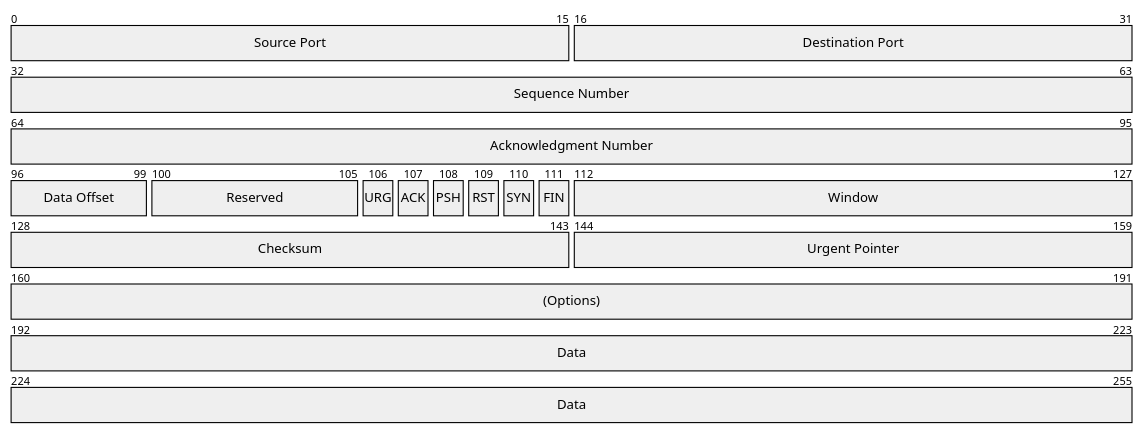
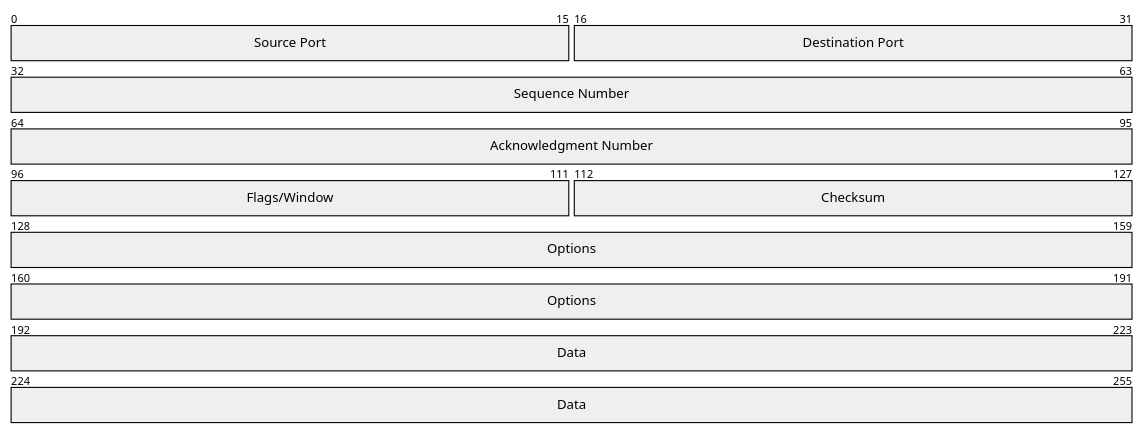
The seventh of 8 diagrams in .agents/tools/diagrams/mermaid-diagrams-skill/references/ARCHITECTURE.md (marcusquinn/aidevops), drawn with Mermaid before and after one commit. The commit also changed other lines of this file, not shown here.

First line of the commit message:
docs(simplification): tighten mermaid ARCHITECTURE.md from 454 to 250 lines

````diff
--- a/.agents/tools/diagrams/mermaid-diagrams-skill/references/ARCHITECTURE.md
+++ b/.agents/tools/diagrams/mermaid-diagrams-skill/references/ARCHITECTURE.md
@@ -381,20 +205,11 @@
 ```mermaid
 packet-beta
     0-15: "Source Port"
     16-31: "Destination Port"
     32-63: "Sequence Number"
     64-95: "Acknowledgment Number"
-    96-99: "Data Offset"
-    100-105: "Reserved"
-    106: "URG"
-    107: "ACK"
-    108: "PSH"
-    109: "RST"
-    110: "SYN"
-    111: "FIN"
-    112-127: "Window"
-    128-143: "Checksum"
-    144-159: "Urgent Pointer"
-    160-191: "(Options)"
+    96-111: "Flags/Window"
+    112-127: "Checksum"
+    128-191: "Options"
     192-255: "Data"
 ```
````
